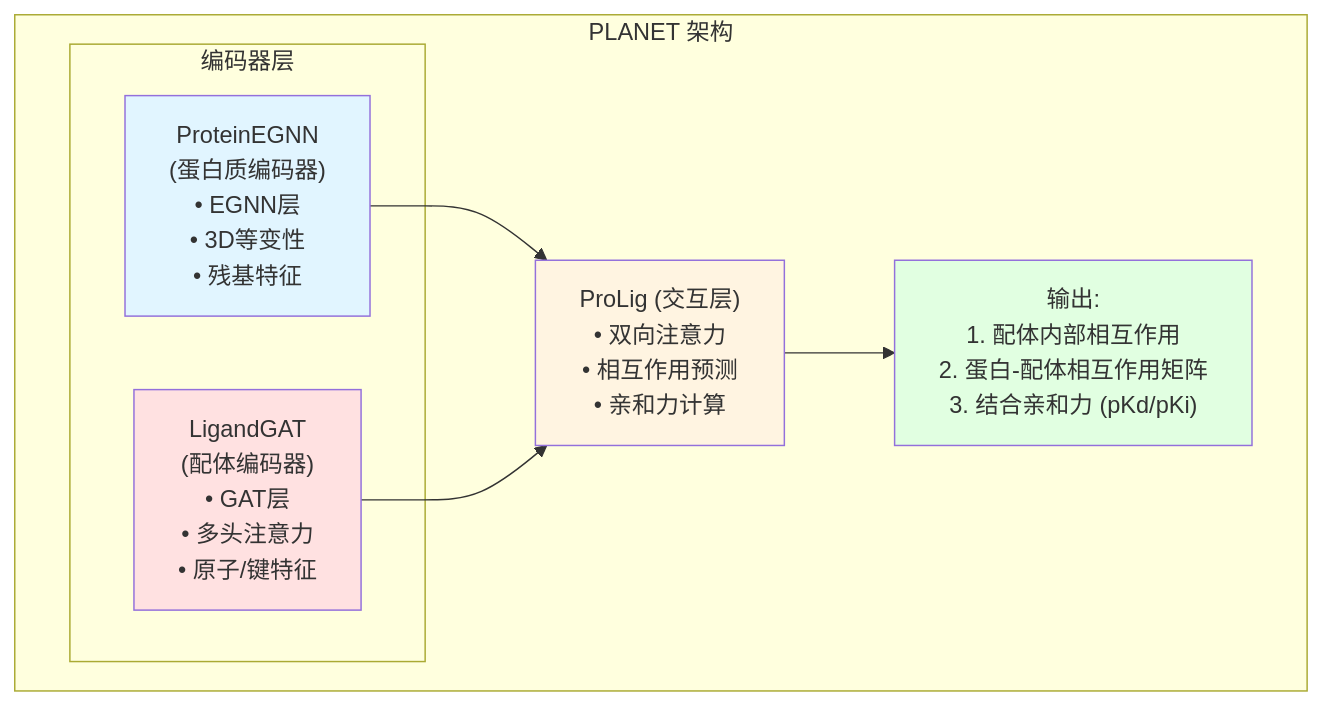
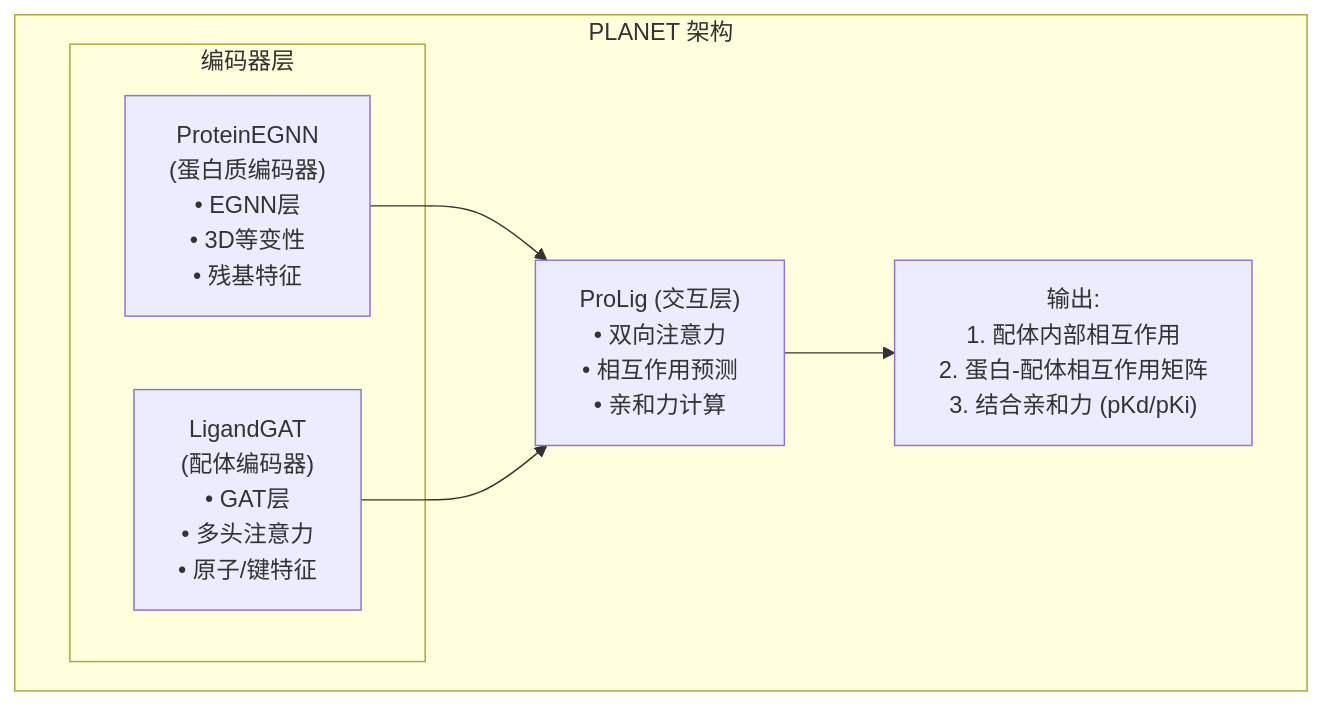
Before and after one commit to virtualguard101/flash_dock: the third of 5 diagrams in architecture.md, drawn with Mermaid. The commit also changed other lines of this file, not shown here.

Commit message:
docs: update architecture

````diff
--- a/architecture.md
+++ b/architecture.md
@@ -363,22 +351,17 @@
 ```mermaid
 graph TB
     subgraph PLANET["PLANET 架构"]
         subgraph Encoders["编码器层"]
             ProteinEGNN["ProteinEGNN<br/>(蛋白质编码器)<br/>• EGNN层<br/>• 3D等变性<br/>• 残基特征"]
             LigandGAT["LigandGAT<br/>(配体编码器)<br/>• GAT层<br/>• 多头注意力<br/>• 原子/键特征"]
         end
         
         ProLig["ProLig (交互层)<br/>• 双向注意力<br/>• 相互作用预测<br/>• 亲和力计算"]
         
         Output["输出:<br/>1. 配体内部相互作用<br/>2. 蛋白-配体相互作用矩阵<br/>3. 结合亲和力 (pKd/pKi)"]
         
         ProteinEGNN --> ProLig
         LigandGAT --> ProLig
         ProLig --> Output
     end
-    
-    style ProteinEGNN fill:#e1f5ff
-    style LigandGAT fill:#ffe1e1
-    style ProLig fill:#fff4e1
-    style Output fill:#e1ffe1
 ```
````
